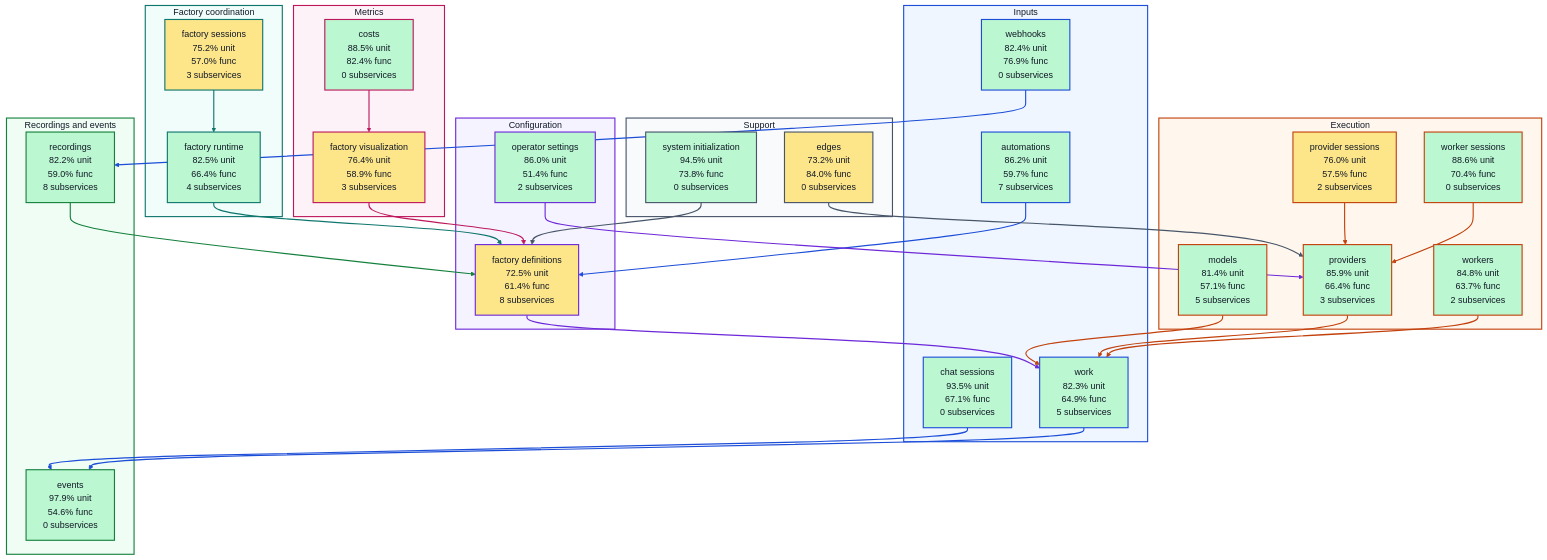
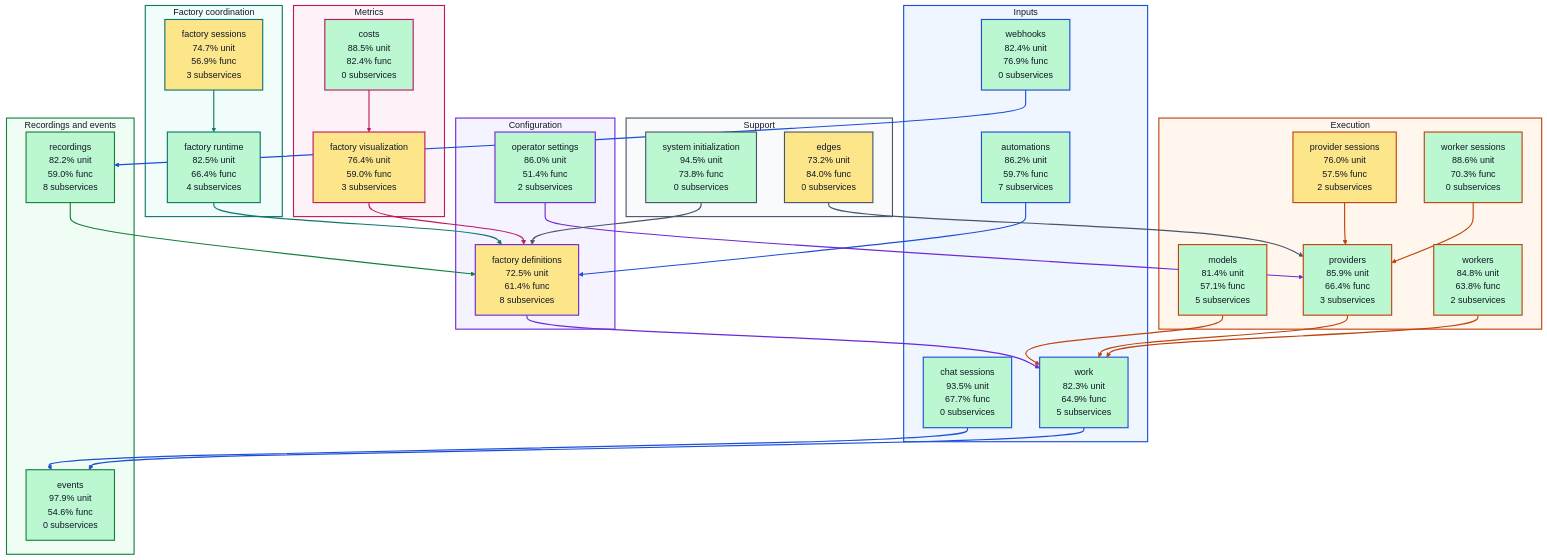
Before and after one commit to portpowered/you-agent-factory: the diagram in docs/architecture/visualizations/high-level-test-coverage.md, drawn with Mermaid (neutral theme). The commit also changed other lines of this file and 20 other files, not shown here.

Commit message:
docs: refresh backend architecture visualizations

```diff
--- a/docs/architecture/visualizations/high-level-test-coverage.md
+++ b/docs/architecture/visualizations/high-level-test-coverage.md
@@ -12,7 +12,7 @@
 flowchart TB
   subgraph input["Inputs"]
     s_services_automations["automations<br/>86.2% unit<br/>59.7% func<br/>7 subservices"]
-    s_services_chat_sessions["chat sessions<br/>93.5% unit<br/>67.1% func<br/>0 subservices"]
+    s_services_chat_sessions["chat sessions<br/>93.5% unit<br/>67.7% func<br/>0 subservices"]
     s_services_webhooks["webhooks<br/>82.4% unit<br/>76.9% func<br/>0 subservices"]
     s_services_work["work<br/>82.3% unit<br/>64.9% func<br/>5 subservices"]
   end
@@ -22,14 +22,14 @@
   end
   subgraph coordination["Factory coordination"]
     s_services_factory_runtime["factory runtime<br/>82.5% unit<br/>66.4% func<br/>4 subservices"]
-    s_services_factory_sessions["factory sessions<br/>75.2% unit<br/>57.0% func<br/>3 subservices"]
+    s_services_factory_sessions["factory sessions<br/>74.7% unit<br/>56.9% func<br/>3 subservices"]
   end
   subgraph execution["Execution"]
     s_services_models["models<br/>81.4% unit<br/>57.1% func<br/>5 subservices"]
     s_services_provider_sessions["provider sessions<br/>76.0% unit<br/>57.5% func<br/>2 subservices"]
     s_services_providers["providers<br/>85.9% unit<br/>66.4% func<br/>3 subservices"]
-    s_services_worker_sessions["worker sessions<br/>88.6% unit<br/>70.4% func<br/>0 subservices"]
-    s_services_workers["workers<br/>84.8% unit<br/>63.7% func<br/>2 subservices"]
+    s_services_worker_sessions["worker sessions<br/>88.6% unit<br/>70.3% func<br/>0 subservices"]
+    s_services_workers["workers<br/>84.8% unit<br/>63.8% func<br/>2 subservices"]
   end
   subgraph recordings["Recordings and events"]
     s_services_events["events<br/>97.9% unit<br/>54.6% func<br/>0 subservices"]
@@ -37,7 +37,7 @@
   end
   subgraph metrics["Metrics"]
     s_services_costs["costs<br/>88.5% unit<br/>82.4% func<br/>0 subservices"]
-    s_services_factory_visualization["factory visualization<br/>76.4% unit<br/>58.9% func<br/>3 subservices"]
+    s_services_factory_visualization["factory visualization<br/>76.4% unit<br/>59.0% func<br/>3 subservices"]
   end
   subgraph support["Support"]
     s_services_edges["edges<br/>73.2% unit<br/>84.0% func<br/>0 subservices"]
```
